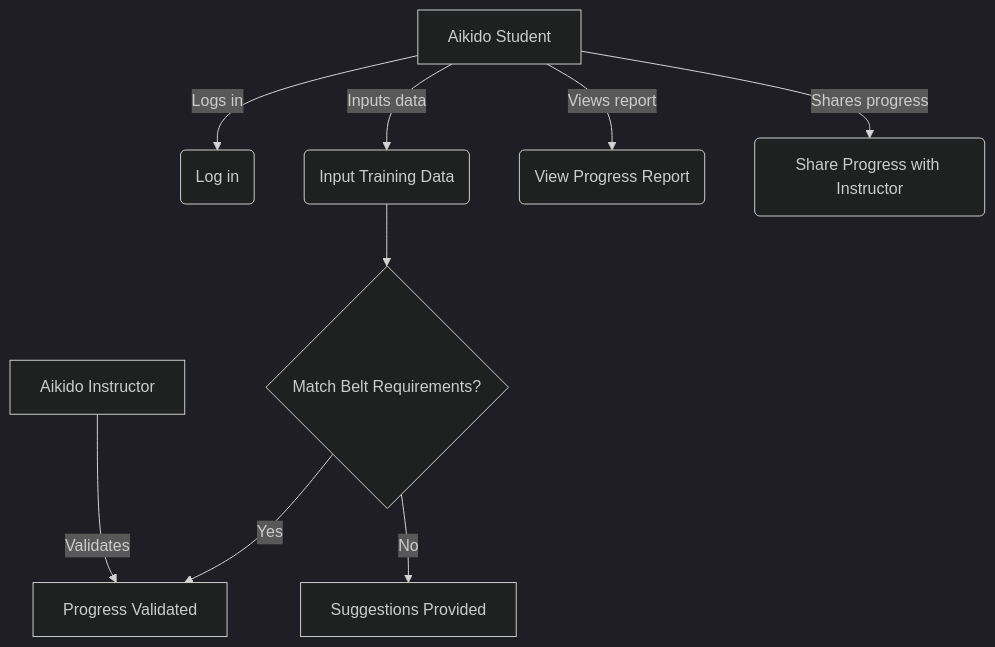
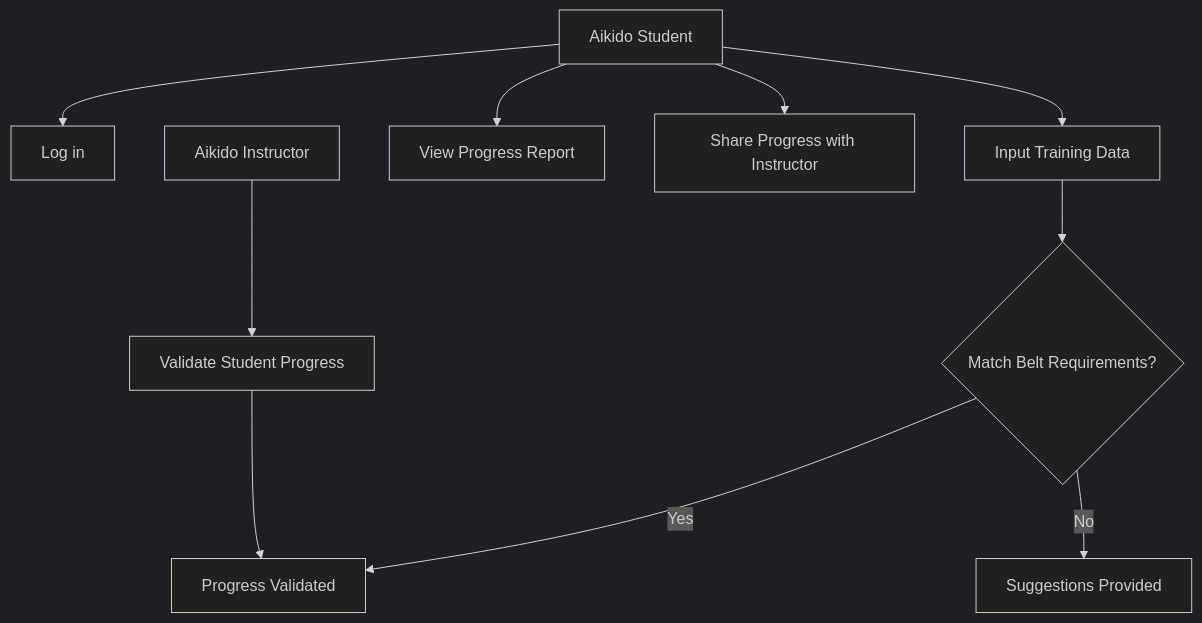
Before and after one commit to ADirin/OTP1_LectureMaterial: the second of 2 diagrams in Week 1/Project Schedule  /AikidoProject.md, drawn with Mermaid (dark theme). The commit also changed other lines of this file, not shown here.

`````diff
--- a/Week 1/Project Schedule  /AikidoProject.md
+++ b/Week 1/Project Schedule  /AikidoProject.md
@@ -108,12 +109,14 @@
 ````mermaid
 flowchart TD
-    A[Aikido Student] -->|Logs in| B(Log in)
-    A -->|Inputs data| C(Input Training Data)
-    A -->|Views report| D(View Progress Report)
-    A -->|Shares progress| E(Share Progress with Instructor)
-    C --> F{Match Belt Requirements?}
-    F -->|Yes| G[Progress Validated]
-    F -->|No| H[Suggestions Provided]
-    I[Aikido Instructor] -->|Validates| G
+    User[Aikido Student] --> LogIn[Log in]
+    User --> InputData[Input Training Data]
+    User --> ViewReport[View Progress Report]
+    User --> ShareProgress[Share Progress with Instructor]
+    InputData --> MatchReq{Match Belt Requirements?}
+    MatchReq -->|Yes| Validated[Progress Validated]
+    MatchReq -->|No| Suggestions[Suggestions Provided]
+    Instructor[Aikido Instructor] --> Validate[Validate Student Progress]
+    Validate --> Validated
+
 
 ````
`````
